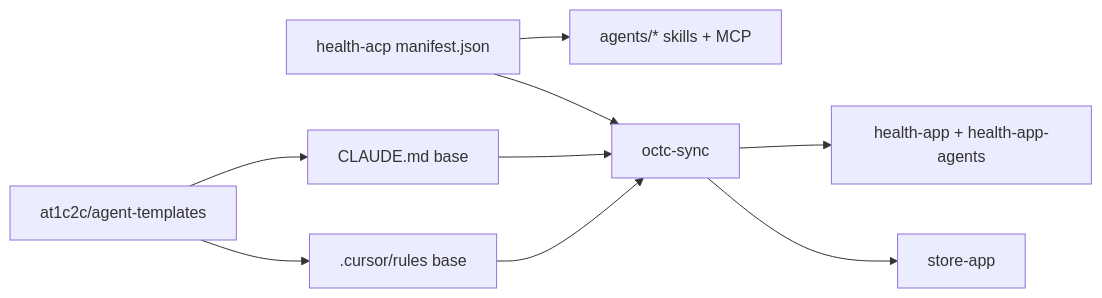
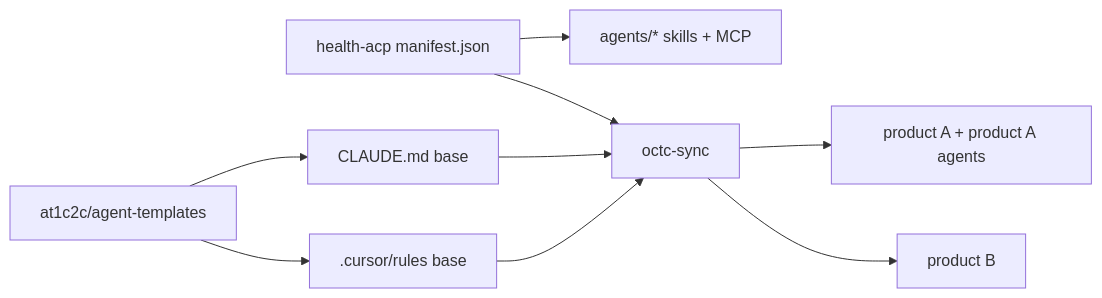
Before and after one commit to OneClickToControl/octc-platform: the diagram in docs/agents/RUNTIME_SYNC.md, drawn with Mermaid. The commit also changed 17 other files, not shown here.

````diff
--- a/docs/agents/RUNTIME_SYNC.md
+++ b/docs/agents/RUNTIME_SYNC.md
@@ -13,11 +13,11 @@
 ```mermaid
 flowchart LR
   ACP["health-acp manifest.json"] --> SKILLS["agents/* skills + MCP"]
   TPL["at1c2c/agent-templates"] --> CLAUDE["CLAUDE.md base"]
   TPL --> CURSOR[".cursor/rules base"]
   ACP --> SYNC["octc-sync"]
   CLAUDE --> SYNC
   CURSOR --> SYNC
-  SYNC --> health["health-app + health-app-agents"]
-  SYNC --> store["store-app"]
+  SYNC --> productA["product A + product A agents"]
+  SYNC --> productB["product B"]
 ```
````
